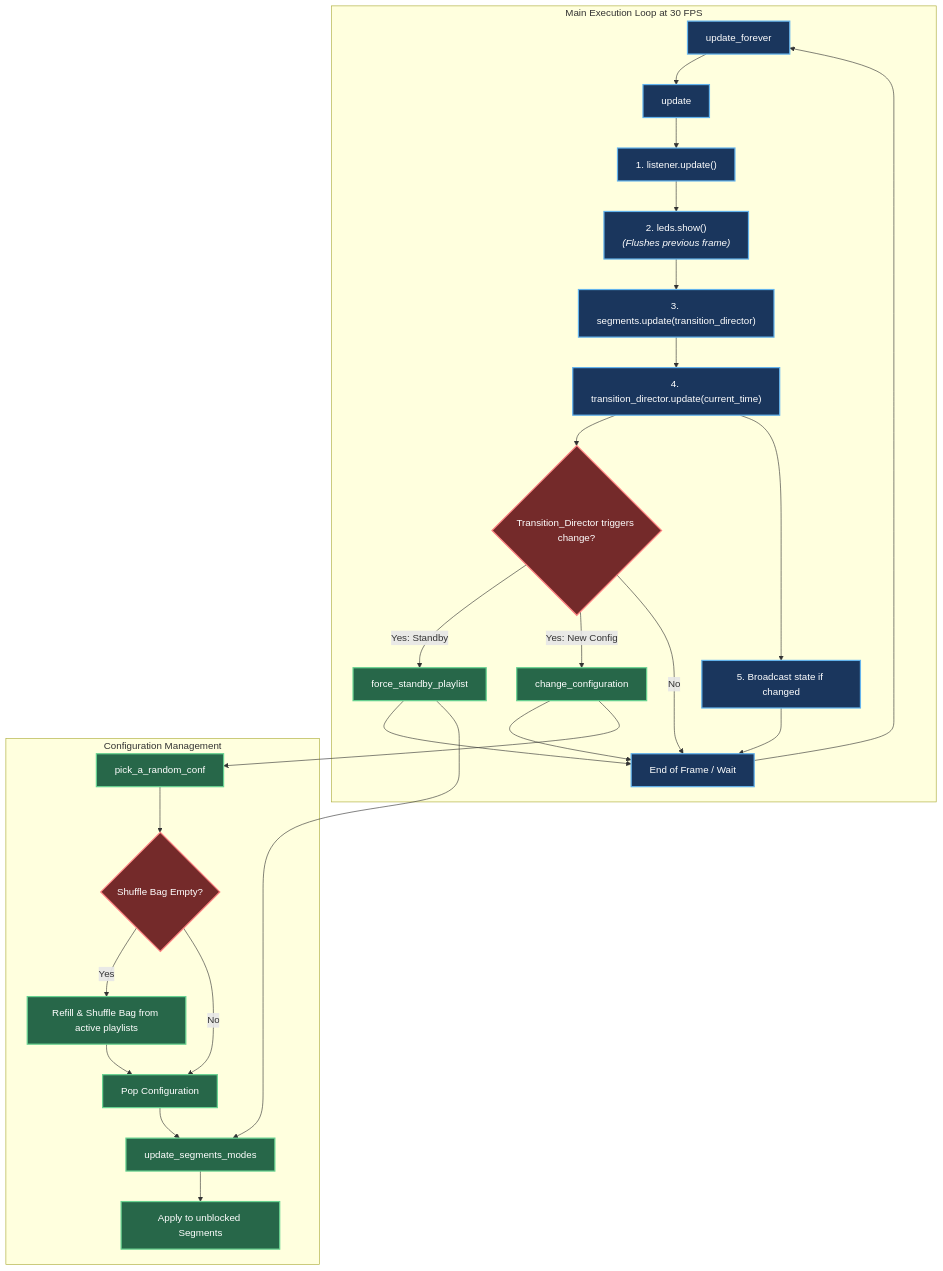
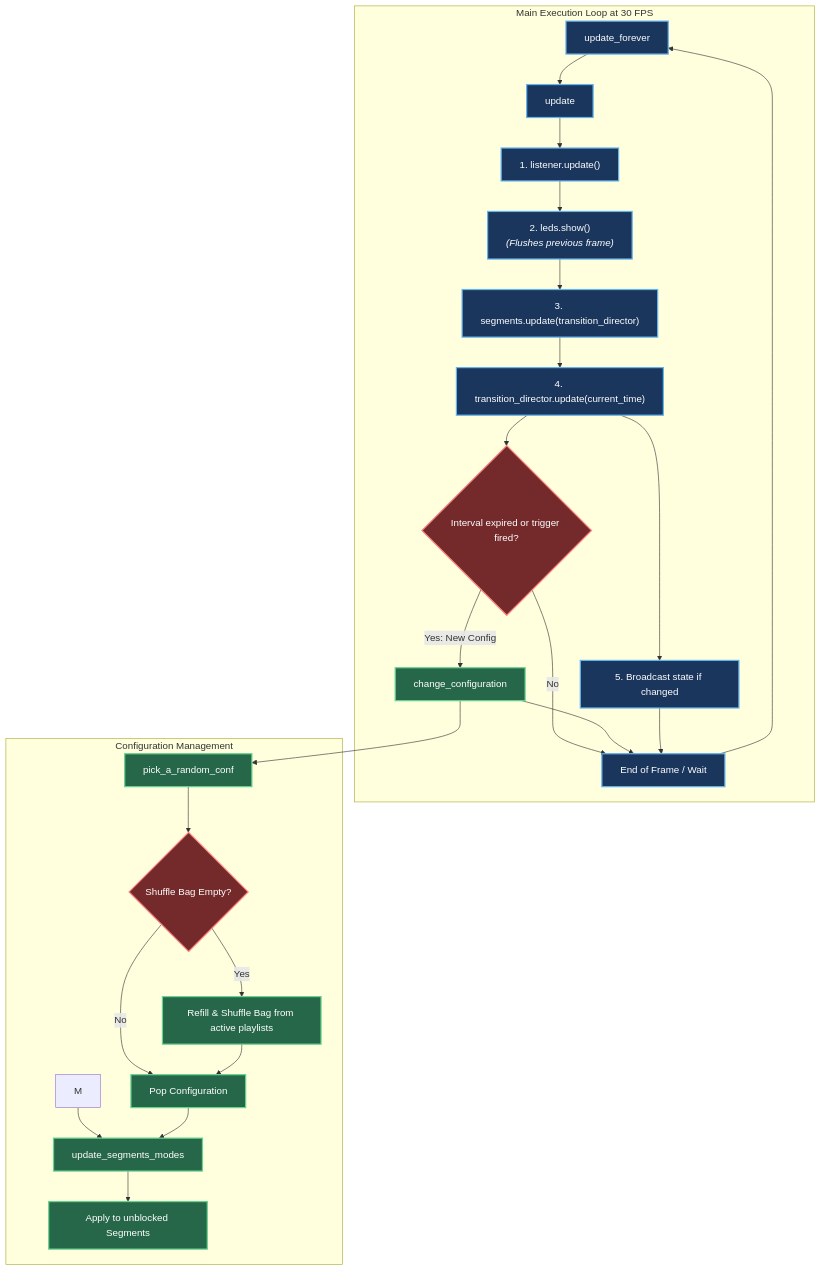
One commit to LucRobey/vialactee changed the second of 3 diagrams in core/precisions/mode_master.md. Above: the diagram before and after it, drawn with Mermaid. The commit also changed other lines of this file and 61 other files, not shown here.

````diff
--- a/core/precisions/mode_master.md
+++ b/core/precisions/mode_master.md
@@ -29,56 +29,53 @@
 ```mermaid
 graph TD
     classDef loop fill:#1a365d,stroke:#63b3ed,stroke-width:2px,color:#fff;
     classDef decision fill:#742a2a,stroke:#fc8181,stroke-width:2px,color:#fff;
     classDef action fill:#276749,stroke:#68d391,stroke-width:2px,color:#fff;
 
     subgraph main_loop [Main Execution Loop at 30 FPS]
         F[update_forever]:::loop
         G[update]:::loop
         H["1. listener.update()"]:::loop
         I["2. leds.show() <br/><i>(Flushes previous frame)</i>"]:::loop
         J["3. segments.update(transition_director)"]:::loop
         K["4. transition_director.update(current_time)"]:::loop
         BCAST["5. Broadcast state if changed"]:::loop
-        L{"Transition_Director triggers change?"}:::decision
-        M[force_standby_playlist]:::action
+        L{"Interval expired or trigger fired?"}:::decision
         N[change_configuration]:::action
         P[End of Frame / Wait]:::loop
         
         F --> G
         G --> H
         H --> I
         I --> J
         J --> K
         K --> L
         K --> BCAST
         
-        L -->|Yes: Standby| M
         L -->|Yes: New Config| N
         L -->|No| P
         
-        M --> P
         N --> P
         BCAST --> P
         P --> F
     end
 
     subgraph config_management [Configuration Management]
         Q[pick_a_random_conf]:::action
         R{"Shuffle Bag Empty?"}:::decision
         S["Refill & Shuffle Bag from active playlists"]:::action
         T[Pop Configuration]:::action
         U[update_segments_modes]:::action
         V[Apply to unblocked Segments]:::action
         
         N --> Q
         M --> U
         
         Q --> R
         R -->|Yes| S
         R -->|No| T
         S --> T
         T --> U
         U --> V
     end
 ```
````
